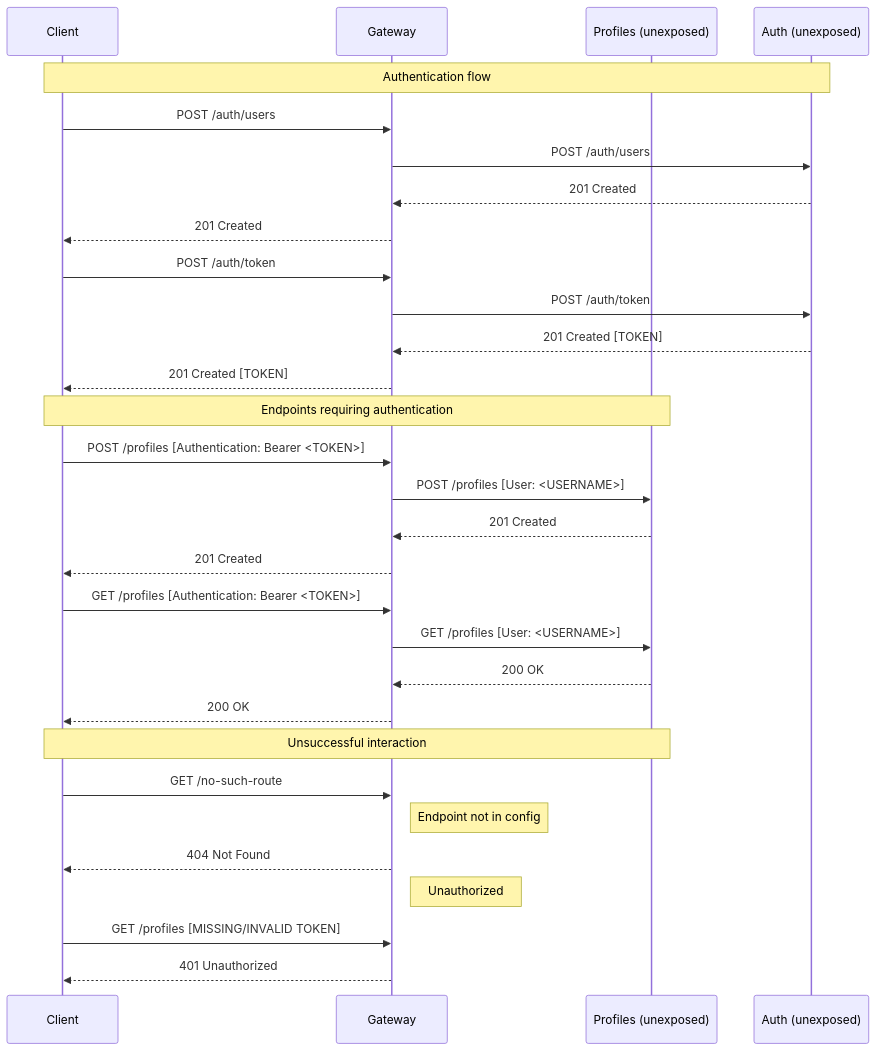
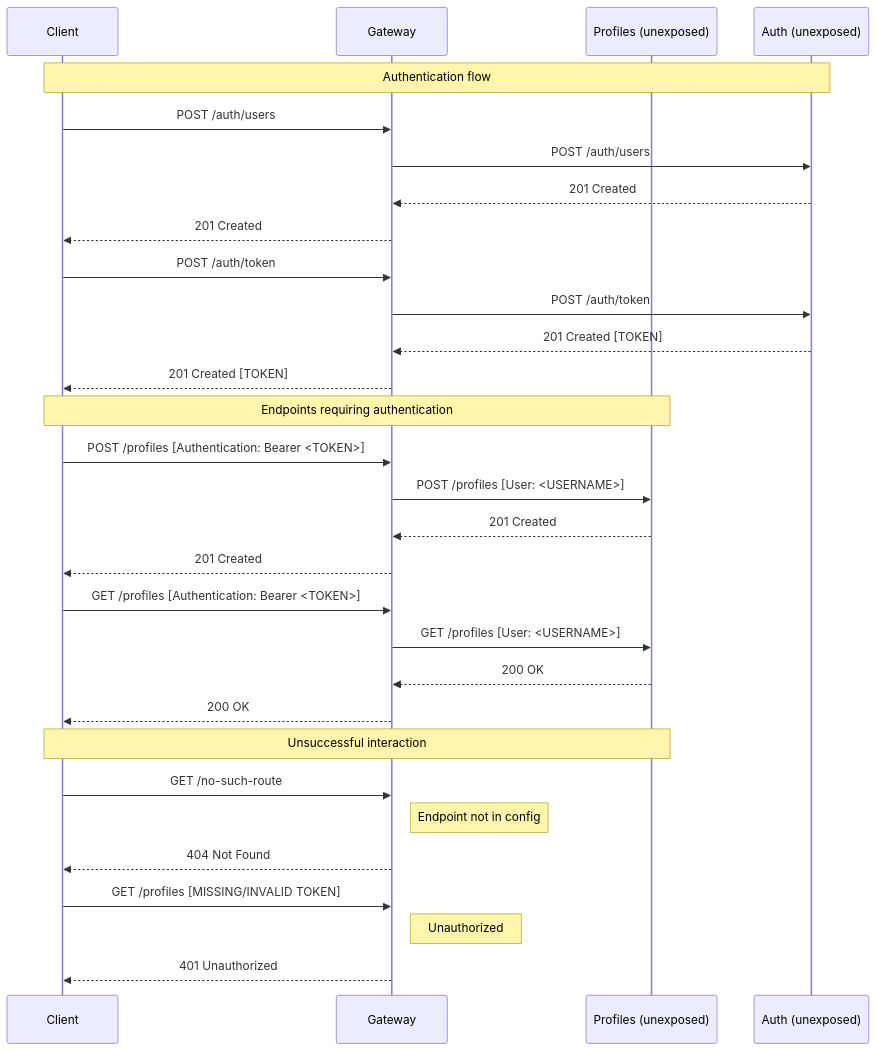
The diagram in README.md (Lemonpill/dockerized-gateway), drawn with Mermaid before and after one commit. The commit also changed other lines of this file, not shown here.

````diff
--- a/README.md
+++ b/README.md
@@ -37,32 +37,32 @@
 ```mermaid
 sequenceDiagram  
  participant  C as Client
  participant  G as Gateway
  participant  S as Profiles (unexposed)
  participant  A as Auth (unexposed)
  Note over C, A: Authentication flow
  C->>G: POST /auth/users
  G->>A: POST /auth/users
  A-->>G: 201 Created
  G-->>C: 201 Created
  C->>G: POST /auth/token
  G->>A: POST /auth/token
  A-->>G: 201 Created [TOKEN]
  G-->>C: 201 Created [TOKEN]
  Note over C,S: Endpoints requiring authentication
  C->>G: POST /profiles [Authentication: Bearer <TOKEN>]
  G->>S: POST /profiles [User: <USERNAME>]
  S-->>G: 201 Created
  G-->>C: 201 Created
  C->>G: GET /profiles [Authentication: Bearer <TOKEN>]
  G->>S: GET /profiles [User: <USERNAME>]
  S-->>G: 200 OK
  G-->>C: 200 OK
  Note over C,S: Unsuccessful interaction
  C->>G: GET /no-such-route
  Note right of G: Endpoint not in config
  G-->>C: 404 Not Found
+ C->>G: GET /profiles [MISSING/INVALID TOKEN]
  Note right of G: Unauthorized
- C->>G: GET /profiles [MISSING/INVALID TOKEN]
  G-->>C: 401 Unauthorized
 ```
````
